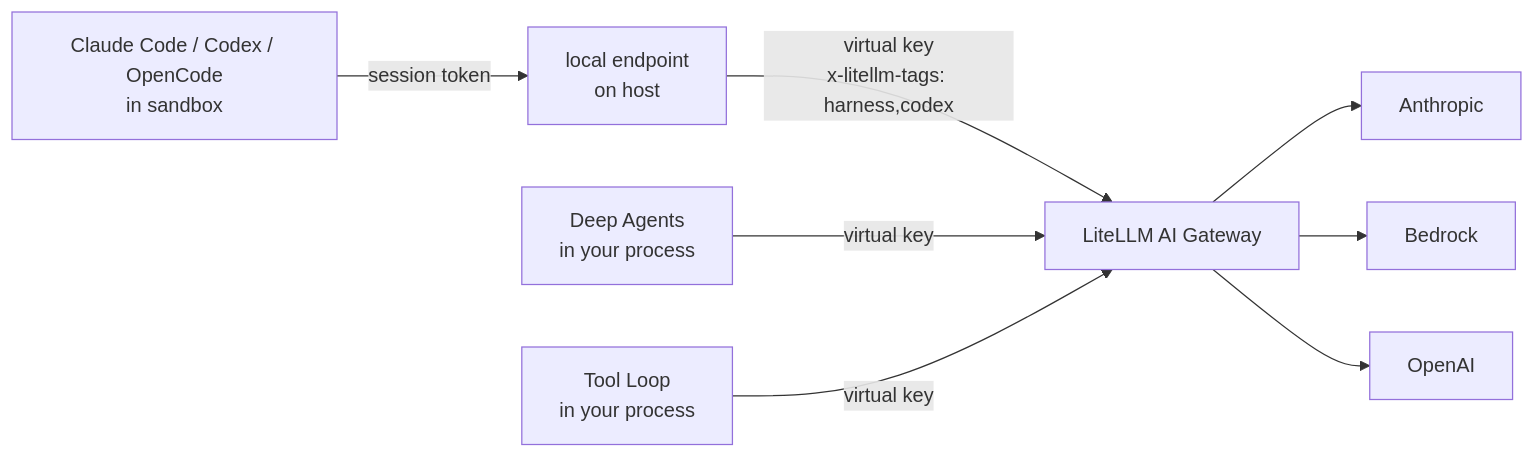
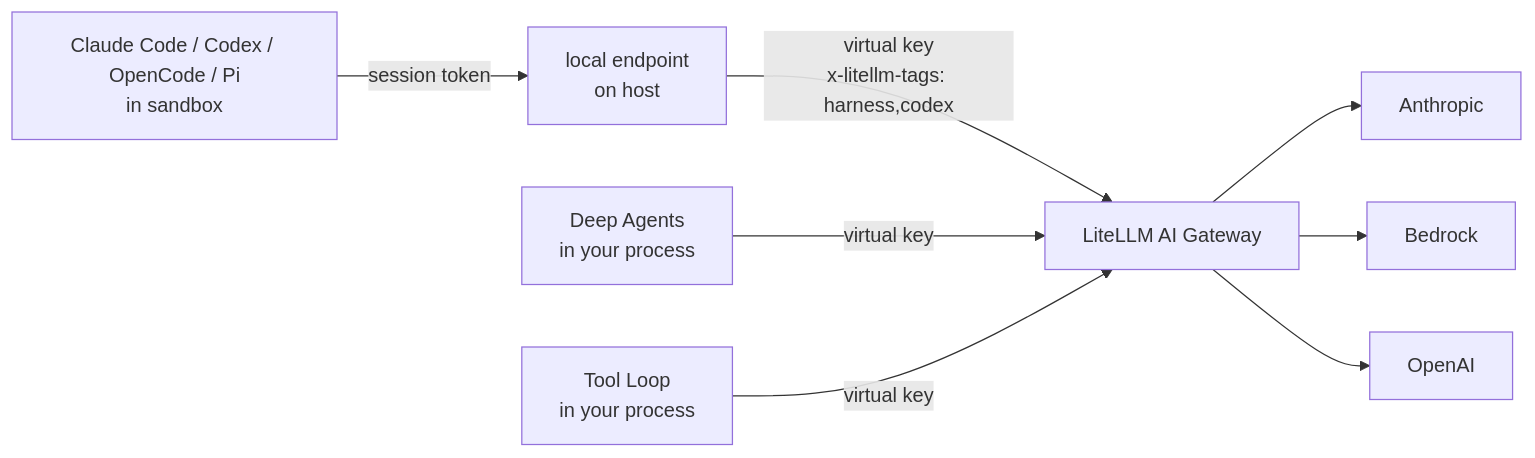
One commit to BerriAI/litellm-docs changed the diagram in docs/harness/gateway.md. Above: the diagram before and after it, drawn with Mermaid. The commit also changed other lines of this file and 10 other files, not shown here.

````diff
--- a/docs/harness/gateway.md
+++ b/docs/harness/gateway.md
@@ -15,10 +15,10 @@
 ```mermaid
 flowchart LR
-    R[Claude Code / Codex / OpenCode<br/>in sandbox] -->|session token| E[local endpoint<br/>on host]
+    R[Claude Code / Codex / OpenCode / Pi<br/>in sandbox] -->|session token| E[local endpoint<br/>on host]
     E -->|virtual key<br/>x-litellm-tags: harness,codex| G[LiteLLM AI Gateway]
     D[Deep Agents<br/>in your process] -->|virtual key| G
     T[Tool Loop<br/>in your process] -->|virtual key| G
     G --> P1[Anthropic]
     G --> P2[Bedrock]
     G --> P3[OpenAI]
 ```
````
